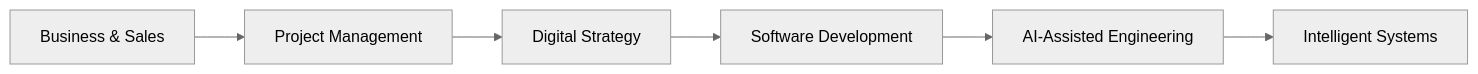
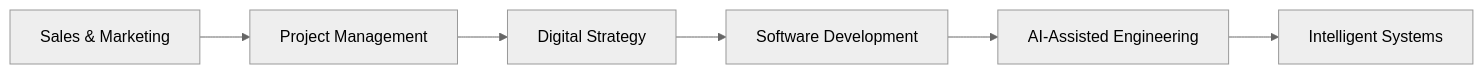
Before and after one commit to Fullsurwa/Fullsurwa: the diagram in README.md, drawn with Mermaid (neutral theme). The commit also changed other lines of this file, not shown here.

````diff
--- a/README.md
+++ b/README.md
@@ -41,8 +54,8 @@
 ```mermaid
 flowchart LR
-    A[Business & Sales] --> B[Project Management]
+    A[Sales & Marketing] --> B[Project Management]
     B --> C[Digital Strategy]
     C --> D[Software Development]
     D --> E[AI-Assisted Engineering]
     E --> F[Intelligent Systems]
 ```
````
